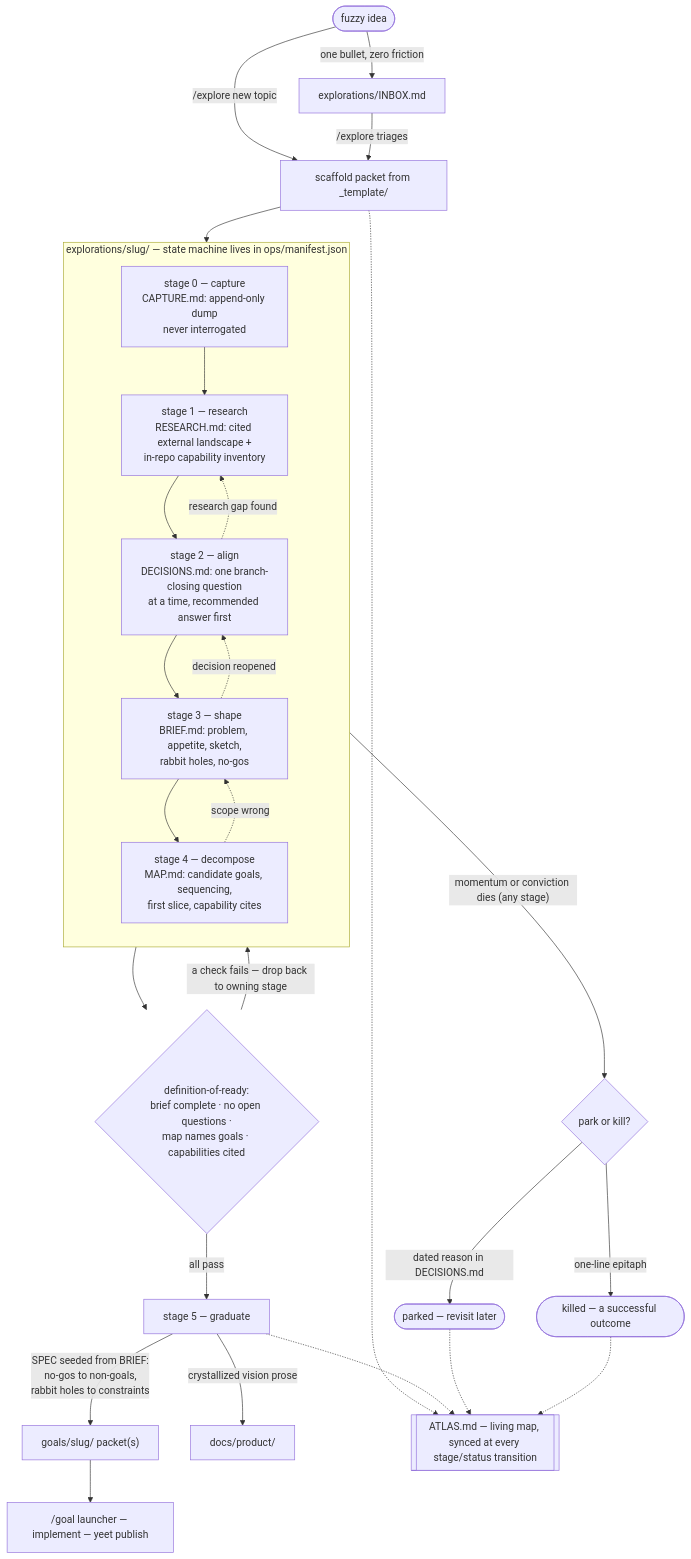
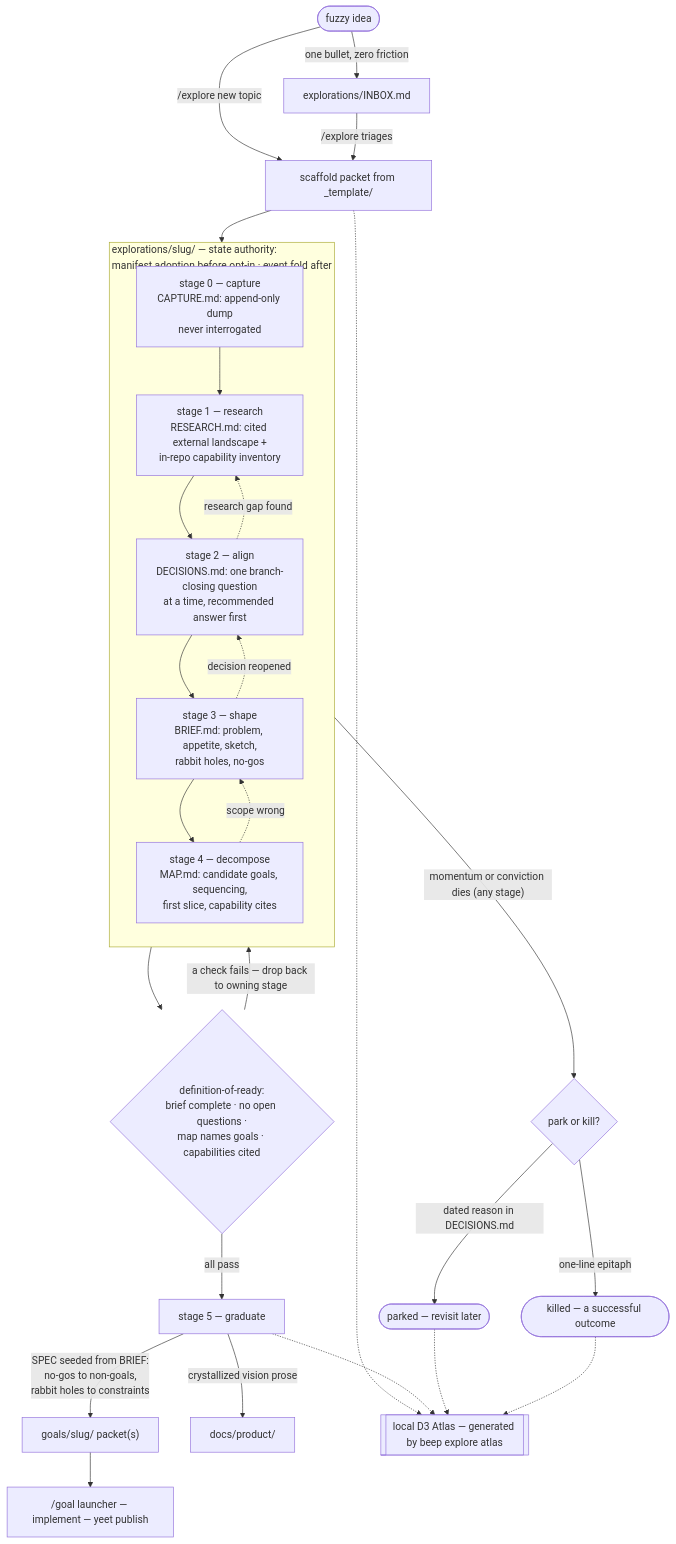
The diagram in explorations/README.md (beep-effect/beep-effect), drawn with Mermaid before and after one commit. The commit also changed other lines of this file and 199 other files, not shown here.

````diff
--- a/explorations/README.md
+++ b/explorations/README.md
@@ -33,38 +33,38 @@
 ```mermaid
 flowchart TD
     IDEA(["fuzzy idea"]) -->|"one bullet, zero friction"| INBOX["explorations/INBOX.md"]
     IDEA -->|"/explore new topic"| SCAFFOLD["scaffold packet from _template/"]
     INBOX -->|"/explore triages"| SCAFFOLD
     SCAFFOLD --> CAP
 
-    subgraph PACKET ["explorations/slug/ — state machine lives in ops/manifest.json"]
+    subgraph PACKET ["explorations/slug/ — state authority:<br/>manifest adoption before opt-in · event fold after"]
         direction TB
         CAP["stage 0 — capture<br/>CAPTURE.md: append-only dump<br/>never interrogated"]
         RES["stage 1 — research<br/>RESEARCH.md: cited external landscape +<br/>in-repo capability inventory"]
         ALN["stage 2 — align<br/>DECISIONS.md: one branch-closing question<br/>at a time, recommended answer first"]
         SHP["stage 3 — shape<br/>BRIEF.md: problem, appetite, sketch,<br/>rabbit holes, no-gos"]
         DEC["stage 4 — decompose<br/>MAP.md: candidate goals, sequencing,<br/>first slice, capability cites"]
         CAP --> RES --> ALN --> SHP --> DEC
         ALN -.->|"research gap found"| RES
         SHP -.->|"decision reopened"| ALN
         DEC -.->|"scope wrong"| SHP
     end
 
     DEC --> DOR{"definition-of-ready:<br/>brief complete · no open questions ·<br/>map names goals · capabilities cited"}
     DOR -->|"a check fails — drop back to owning stage"| ALN
     DOR -->|"all pass"| GRAD["stage 5 — graduate"]
 
     GRAD -->|"SPEC seeded from BRIEF:<br/>no-gos to non-goals,<br/>rabbit holes to constraints"| GOALS["goals/slug/ packet(s)"]
     GRAD -->|"crystallized vision prose"| DOCS["docs/product/"]
     GOALS --> IMPL["/goal launcher — implement — yeet publish"]
 
     PACKET -->|"momentum or conviction dies (any stage)"| EXIT{"park or kill?"}
     EXIT -->|"dated reason in DECISIONS.md"| PARKED(["parked — revisit later"])
     EXIT -->|"one-line epitaph"| KILLED(["killed — a successful outcome"])
 
-    ATLAS[["ATLAS.md — living map, synced at every stage/status transition"]]
+    ATLAS[["local D3 Atlas — generated by beep explore atlas"]]
     SCAFFOLD -.-> ATLAS
     GRAD -.-> ATLAS
     PARKED -.-> ATLAS
     KILLED -.-> ATLAS
 ```
````
